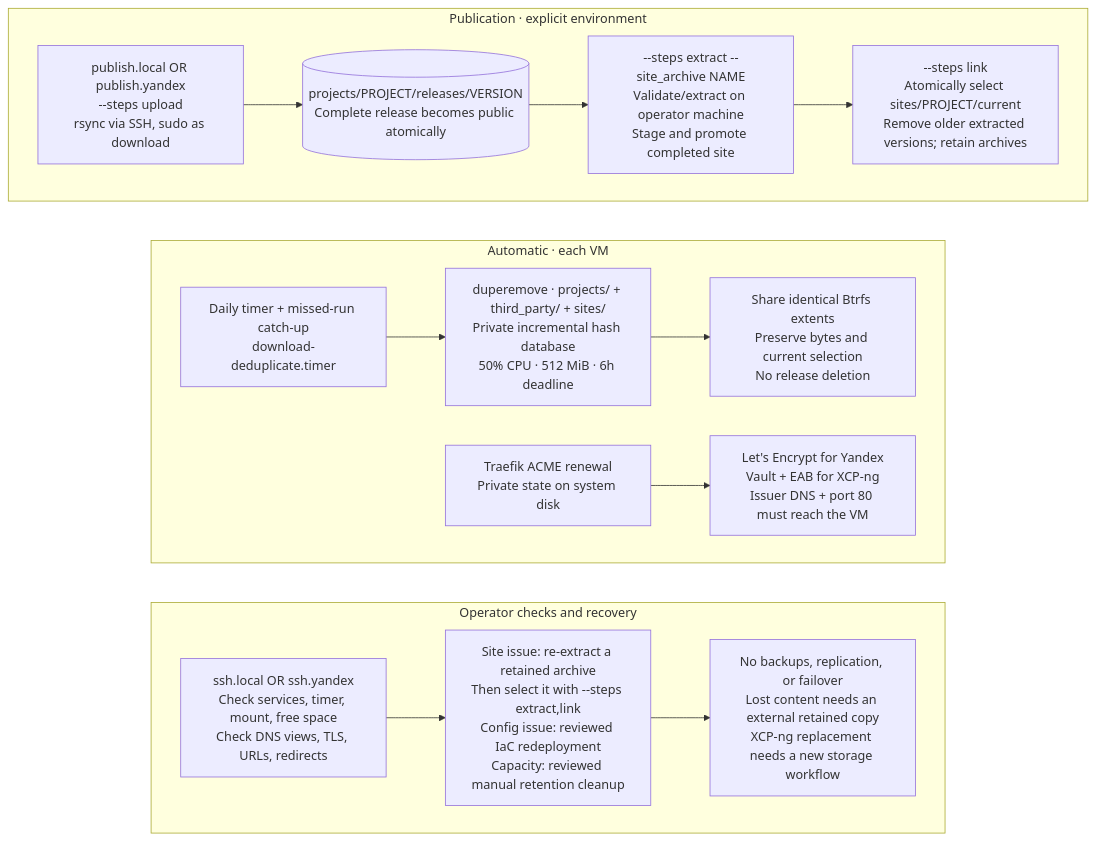
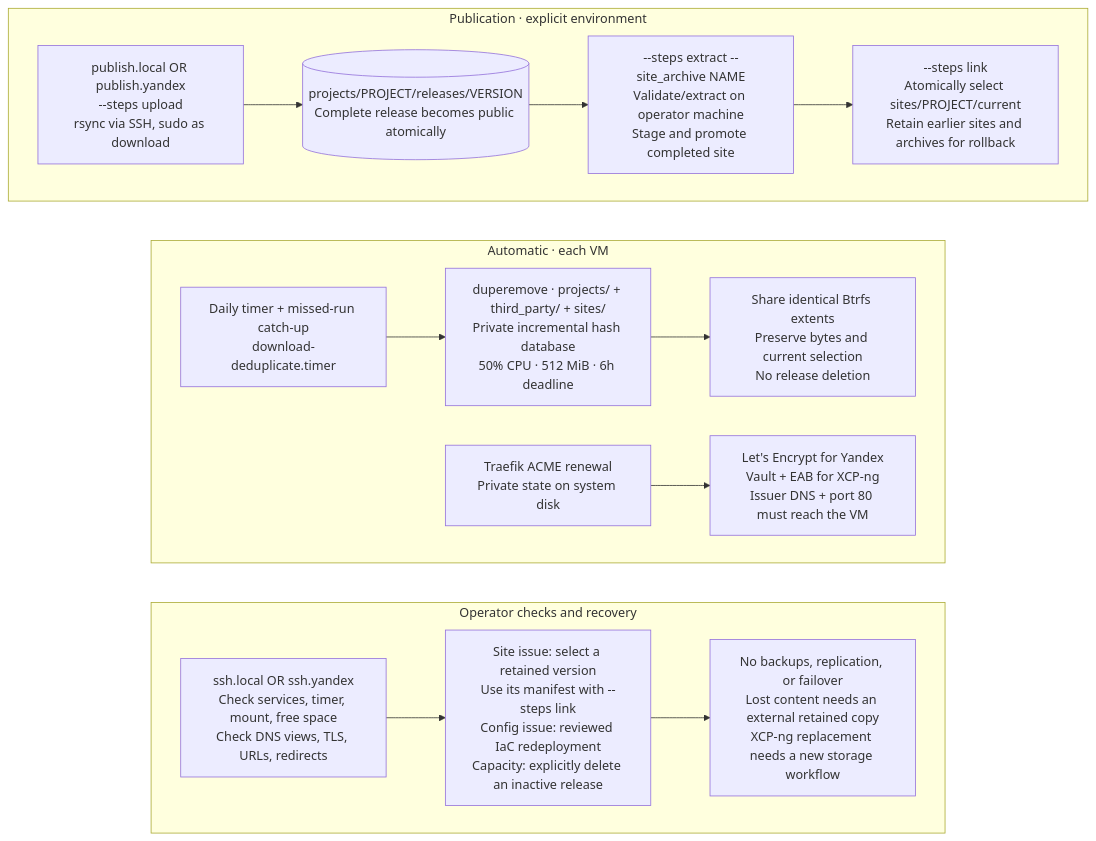
The diagram in infra/download/docs/operations.mmd (alwaldend/src), drawn with Mermaid before and after one commit. The commit also changed 889 other files, not shown here.

```diff
--- a/infra/download/docs/operations.mmd
+++ b/infra/download/docs/operations.mmd
@@ -1,27 +1,27 @@
 flowchart TB
     subgraph publication[Publication · explicit environment]
         direction LR
         upload[publish.local OR publish.yandex<br/>--steps upload<br/>rsync via SSH, sudo as download]
         files[(projects/PROJECT/releases/VERSION<br/>Complete release becomes public atomically)]
         extract[--steps extract --site_archive NAME<br/>Validate/extract on operator machine<br/>Stage and promote completed site]
-        link[--steps link<br/>Atomically select sites/PROJECT/current<br/>Remove older extracted versions; retain archives]
+        link[--steps link<br/>Atomically select sites/PROJECT/current<br/>Retain earlier sites and archives for rollback]
         upload --> files --> extract --> link
     end
     subgraph automatic[Automatic · each VM]
         direction LR
         timer[Daily timer + missed-run catch-up<br/>download-deduplicate.timer]
         dedup[duperemove · projects/ + third_party/ + sites/<br/>Private incremental hash database<br/>50% CPU · 512 MiB · 6h deadline]
         extents[Share identical Btrfs extents<br/>Preserve bytes and current selection<br/>No release deletion]
         timer --> dedup --> extents
         proxy[Traefik ACME renewal<br/>Private state on system disk]
         issuer[Let's Encrypt for Yandex<br/>Vault + EAB for XCP-ng<br/>Issuer DNS + port 80 must reach the VM]
         proxy --> issuer
     end
     subgraph operator[Operator checks and recovery]
         direction LR
         health[ssh.local OR ssh.yandex<br/>Check services, timer, mount, free space<br/>Check DNS views, TLS, URLs, redirects]
-        recover[Site issue: re-extract a retained archive<br/>Then select it with --steps extract,link<br/>Config issue: reviewed IaC redeployment<br/>Capacity: reviewed manual retention cleanup]
+        recover[Site issue: select a retained version<br/>Use its manifest with --steps link<br/>Config issue: reviewed IaC redeployment<br/>Capacity: explicitly delete an inactive release]
         boundary[No backups, replication, or failover<br/>Lost content needs an external retained copy<br/>XCP-ng replacement needs a new storage workflow]
         health --> recover --> boundary
     end
     publication ~~~ automatic ~~~ operator
```
